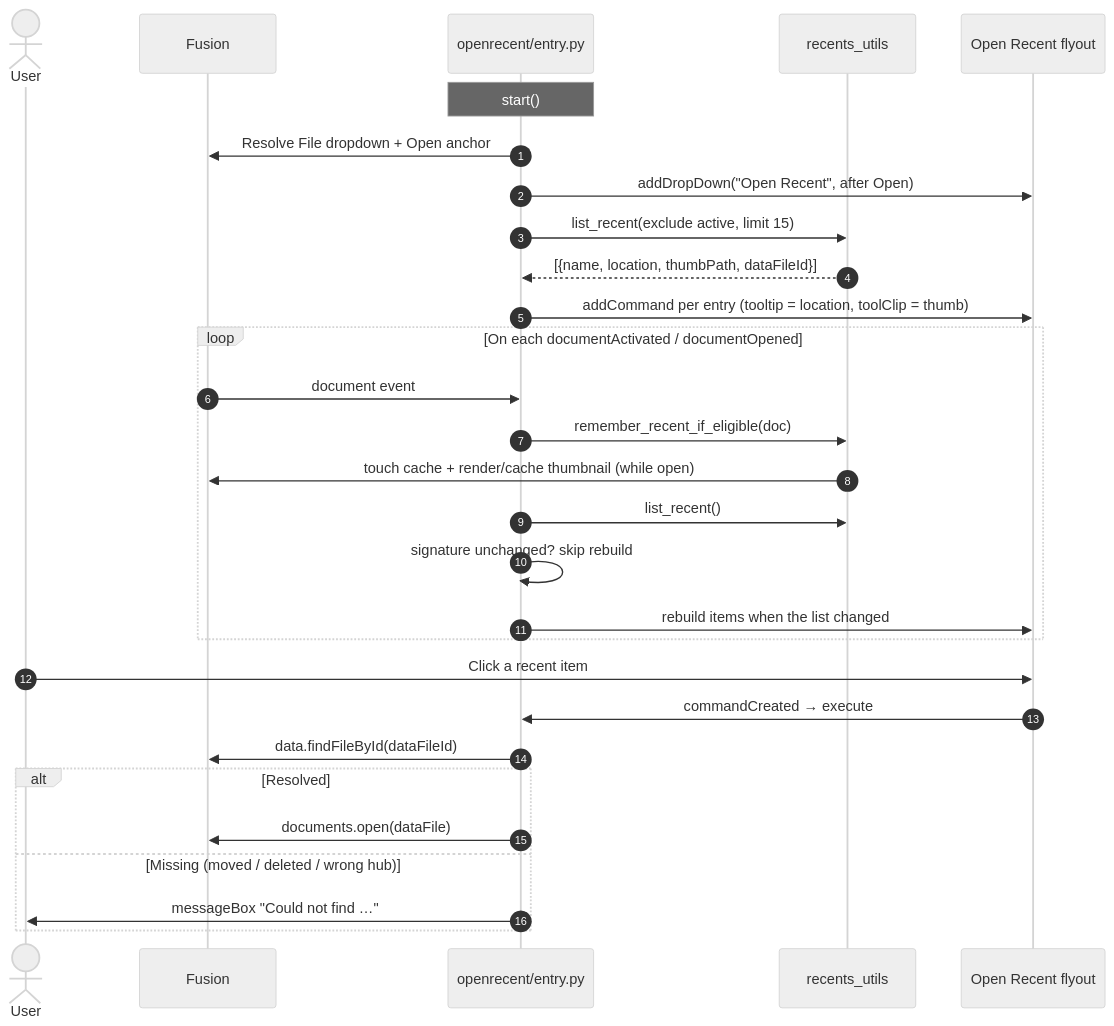
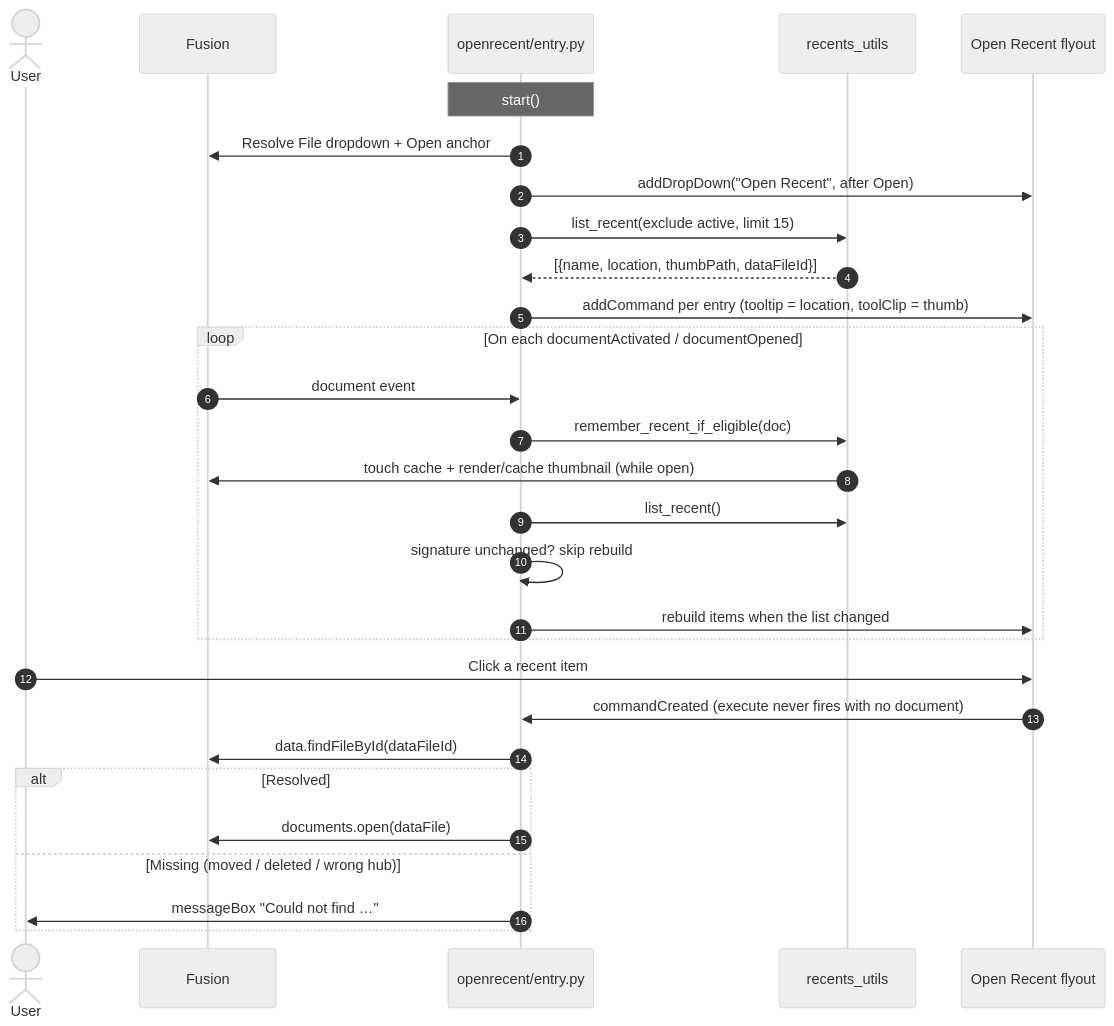
Before and after one commit to schneik80/PowerTools: the second of 2 diagrams in docs/arch/Open Recent.md, drawn with Mermaid (neutral theme). The commit also changed other lines of this file and 2 other files, not shown here.

````diff
--- a/docs/arch/Open Recent.md
+++ b/docs/arch/Open Recent.md
@@ -117,34 +117,34 @@
 ```mermaid
 sequenceDiagram
     autonumber
     actor User
     participant Fusion
     participant Entry as openrecent/entry.py
     participant Recents as recents_utils
     participant Flyout as Open Recent flyout
 
     Note over Entry: start()
     Entry->>Fusion: Resolve File dropdown + Open anchor
     Entry->>Flyout: addDropDown("Open Recent", after Open)
     Entry->>Recents: list_recent(exclude active, limit 15)
     Recents-->>Entry: [{name, location, thumbPath, dataFileId}]
     Entry->>Flyout: addCommand per entry (tooltip = location, toolClip = thumb)
 
     loop On each documentActivated / documentOpened
         Fusion->>Entry: document event
         Entry->>Recents: remember_recent_if_eligible(doc)
         Recents->>Fusion: touch cache + render/cache thumbnail (while open)
         Entry->>Recents: list_recent()
         Entry->>Entry: signature unchanged? skip rebuild
         Entry->>Flyout: rebuild items when the list changed
     end
 
     User->>Flyout: Click a recent item
-    Flyout->>Entry: commandCreated → execute
+    Flyout->>Entry: commandCreated (execute never fires with no document)
     Entry->>Fusion: data.findFileById(dataFileId)
     alt Resolved
         Entry->>Fusion: documents.open(dataFile)
     else Missing (moved / deleted / wrong hub)
         Entry->>User: messageBox "Could not find …"
     end
 ```
````
